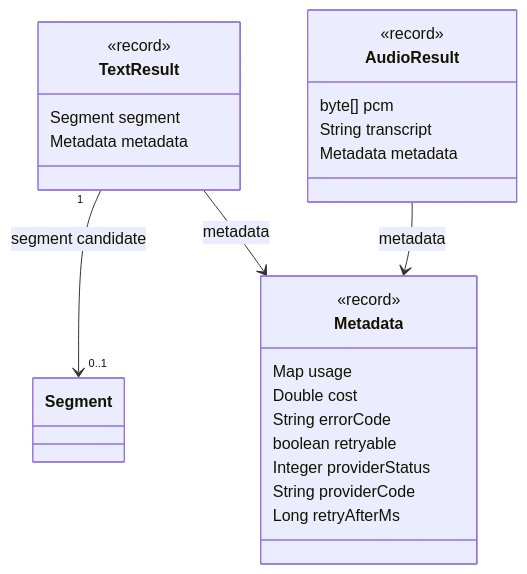
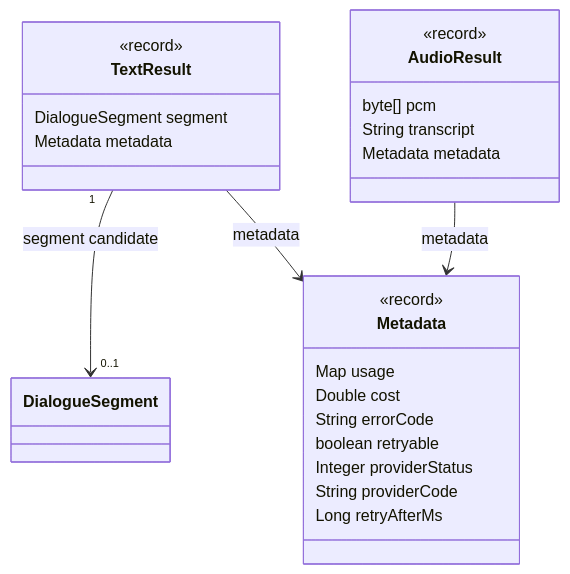
Before and after one commit to nenonja/bookcast: the third of 3 diagrams in docs/DOMAIN_MODEL.md, drawn with Mermaid. The commit also changed other lines of this file and 36 other files, not shown here.

````diff
--- a/docs/DOMAIN_MODEL.md
+++ b/docs/DOMAIN_MODEL.md
@@ -187,27 +195,27 @@
 ```mermaid
 classDiagram
     class TextResult {
         <<record>>
-        Segment segment
+        DialogueSegment segment
         Metadata metadata
     }
     class AudioResult {
         <<record>>
         byte[] pcm
         String transcript
         Metadata metadata
     }
     class Metadata {
         <<record>>
         Map usage
         Double cost
         String errorCode
         boolean retryable
         Integer providerStatus
         String providerCode
         Long retryAfterMs
     }
-    TextResult "1" --> "0..1" Segment : segment candidate
+    TextResult "1" --> "0..1" DialogueSegment : segment candidate
     TextResult --> Metadata : metadata
     AudioResult --> Metadata : metadata
 ```
````
